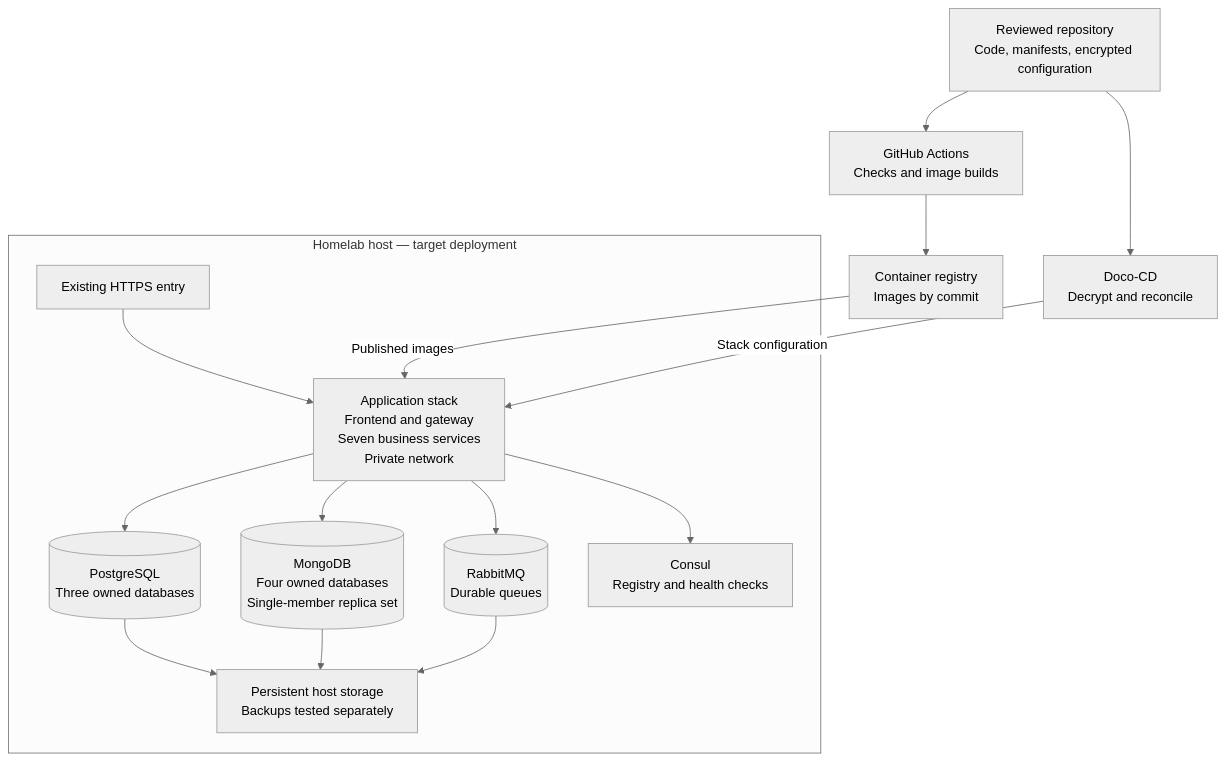
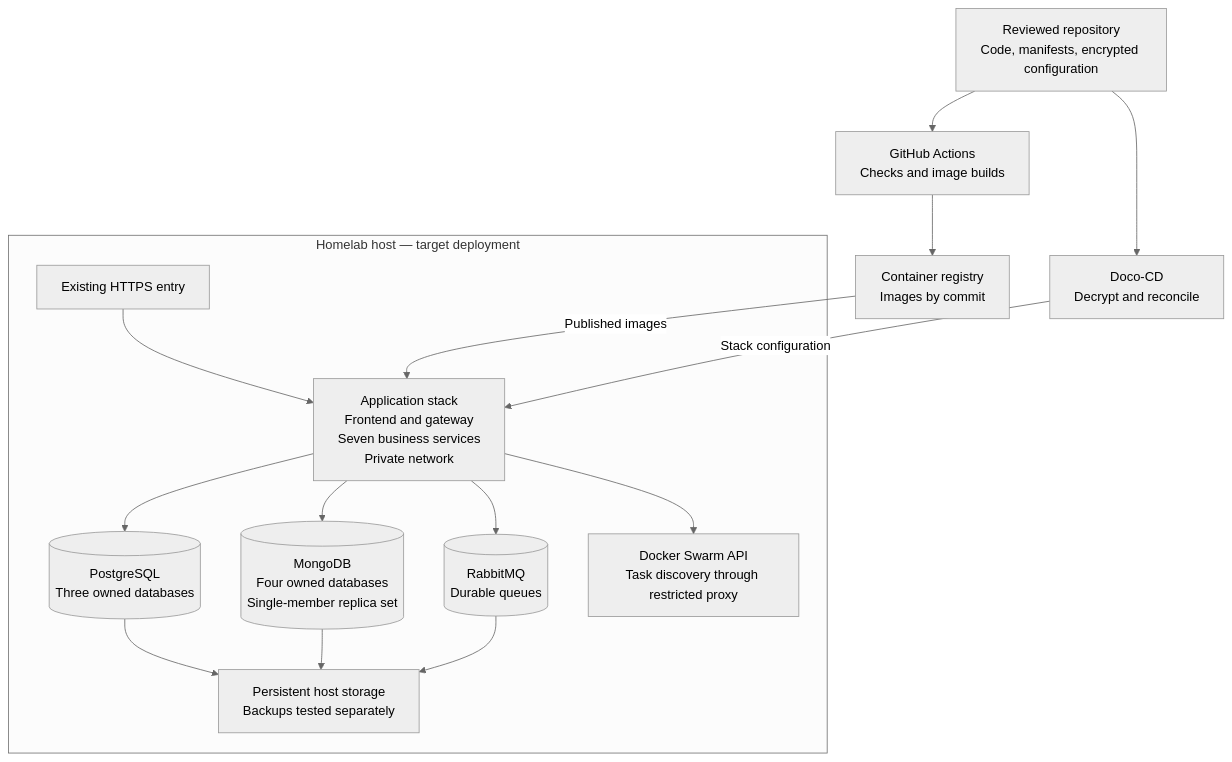
Before and after one commit to Azther0z/tutor-matcher-microservice: the seventh of 7 diagrams in docs/system-design.md, drawn with Mermaid (neutral theme). The commit also changed other lines of this file and 42 other files, not shown here.

````diff
--- a/docs/system-design.md
+++ b/docs/system-design.md
@@ -339,18 +339,18 @@
 ```mermaid
 flowchart TB
     Git["Reviewed repository\nCode, manifests, encrypted configuration"] --> CI["GitHub Actions\nChecks and image builds"]
     CI --> Registry["Container registry\nImages by commit"]
     Git --> Doco["Doco-CD\nDecrypt and reconcile"]
     subgraph Host["Homelab host — target deployment"]
         Edge["Existing HTTPS entry"] --> Apps["Application stack\nFrontend and gateway\nSeven business services\nPrivate network"]
         Apps --> PG[("PostgreSQL\nThree owned databases")]
         Apps --> Mongo[("MongoDB\nFour owned databases\nSingle-member replica set")]
         Apps --> Broker[("RabbitMQ\nDurable queues")]
-        Apps --> Consul["Consul\nRegistry and health checks"]
+        Apps --> Discovery["Docker Swarm API\nTask discovery through restricted proxy"]
         PG --> Storage["Persistent host storage\nBackups tested separately"]
         Mongo --> Storage
         Broker --> Storage
     end
     Registry -->|"Published images"| Apps
     Doco -->|"Stack configuration"| Apps
 ```
````
